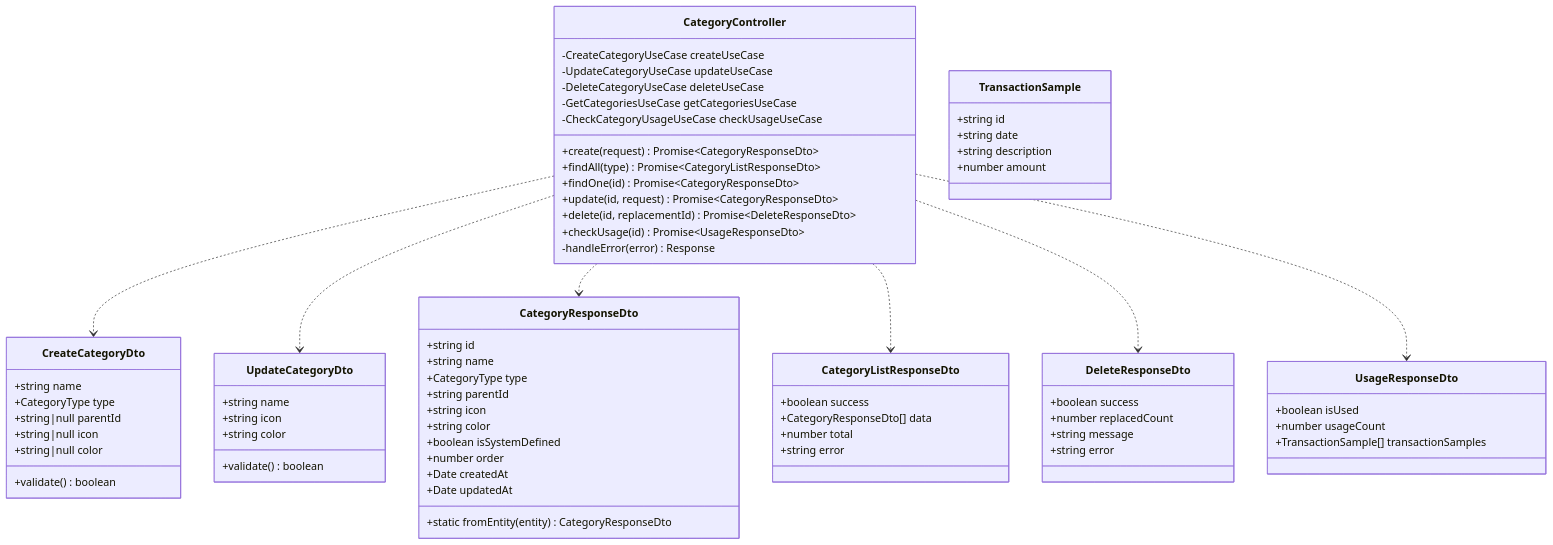
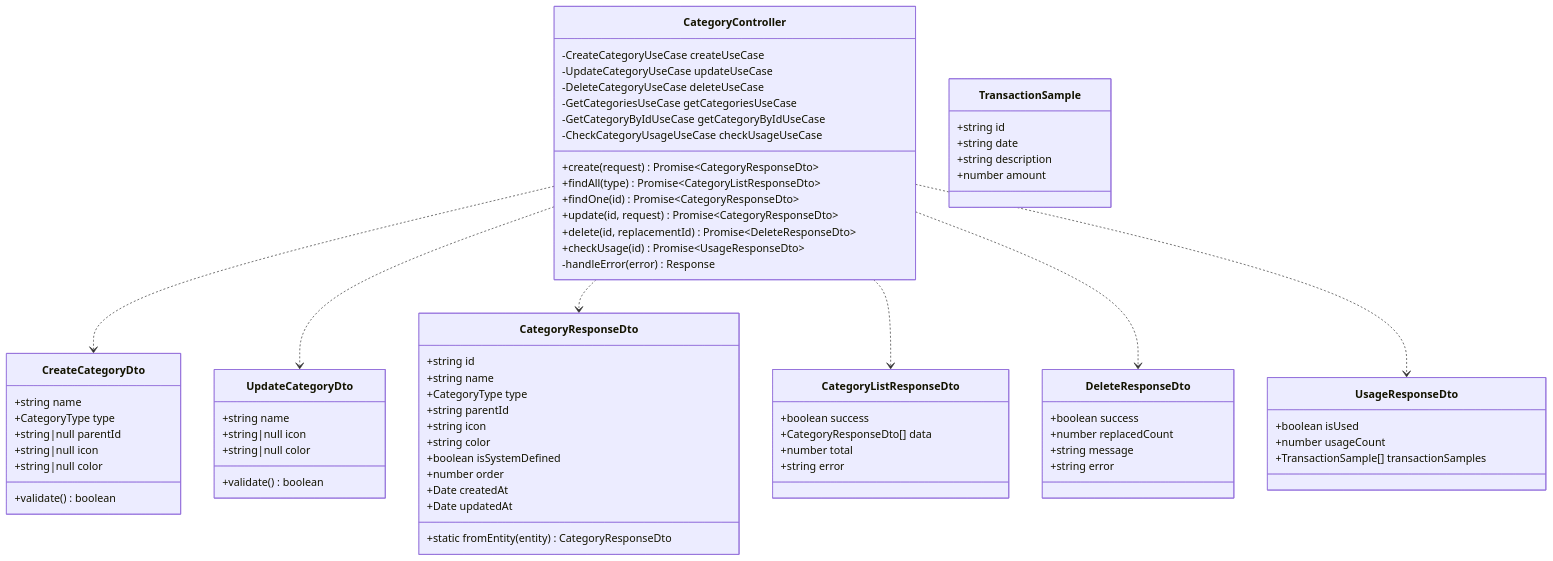
Before and after one commit to kencom2400/account-book: the seventh of 10 diagrams in docs/detailed-design/FR-011_category-crud/class-diagrams.md, drawn with Mermaid. The commit also changed 2 other files, not shown here.

Commit message:
docs: fix high priority issues from Gemini review (3rd wave)
1. GetCategoryByIdUseCase追加（class-diagrams.md）
   - CategoryControllerにGetCategoryByIdUseCaseを依存関係として追加
   - 単一責任の原則に従い、単一取得専用ユースケースを使用

2. checkUsage実装例修正（input-output-design.md）
   - transactionIds を transactionSamples に変更
   - N+1問題を回避する設計と整合

3. SELECTクエリ修正（sequence-diagrams.md）
   - SELECT id を SELECT id, date, description, amount に変更
   - UI表示に必要な情報を一度に取得

4. UpdateCategoryDto型修正（class-diagrams.md）
   - icon, color を任意項目（string|null）に修正

5. colorコメント修正（input-output-design.md）
   - サポート形式を明記（#RGB, #RRGGBB, #RRGGBBAA）

Resolves Gemini Code Assist review comments (High Priority x3, Medium x2)

````diff
--- a/docs/detailed-design/FR-011_category-crud/class-diagrams.md
+++ b/docs/detailed-design/FR-011_category-crud/class-diagrams.md
@@ -426,81 +426,82 @@
 ```mermaid
 classDiagram
     class CategoryController {
         -CreateCategoryUseCase createUseCase
         -UpdateCategoryUseCase updateUseCase
         -DeleteCategoryUseCase deleteUseCase
         -GetCategoriesUseCase getCategoriesUseCase
+        -GetCategoryByIdUseCase getCategoryByIdUseCase
         -CheckCategoryUsageUseCase checkUsageUseCase
         +create(request) Promise~CategoryResponseDto~
         +findAll(type) Promise~CategoryListResponseDto~
         +findOne(id) Promise~CategoryResponseDto~
         +update(id, request) Promise~CategoryResponseDto~
         +delete(id, replacementId) Promise~DeleteResponseDto~
         +checkUsage(id) Promise~UsageResponseDto~
         -handleError(error) Response
     }
 
     class CreateCategoryDto {
         +string name
         +CategoryType type
         +string|null parentId
         +string|null icon
         +string|null color
         +validate() boolean
     }
 
     class UpdateCategoryDto {
         +string name
-        +string icon
-        +string color
+        +string|null icon
+        +string|null color
         +validate() boolean
     }
 
     class CategoryResponseDto {
         +string id
         +string name
         +CategoryType type
         +string parentId
         +string icon
         +string color
         +boolean isSystemDefined
         +number order
         +Date createdAt
         +Date updatedAt
         +static fromEntity(entity) CategoryResponseDto
     }
 
     class CategoryListResponseDto {
         +boolean success
         +CategoryResponseDto[] data
         +number total
         +string error
     }
 
     class DeleteResponseDto {
         +boolean success
         +number replacedCount
         +string message
         +string error
     }
 
     class UsageResponseDto {
         +boolean isUsed
         +number usageCount
         +TransactionSample[] transactionSamples
     }
 
     class TransactionSample {
         +string id
         +string date
         +string description
         +number amount
     }
 
     CategoryController ..> CreateCategoryDto
     CategoryController ..> UpdateCategoryDto
     CategoryController ..> CategoryResponseDto
     CategoryController ..> CategoryListResponseDto
     CategoryController ..> DeleteResponseDto
     CategoryController ..> UsageResponseDto
 ```
````
